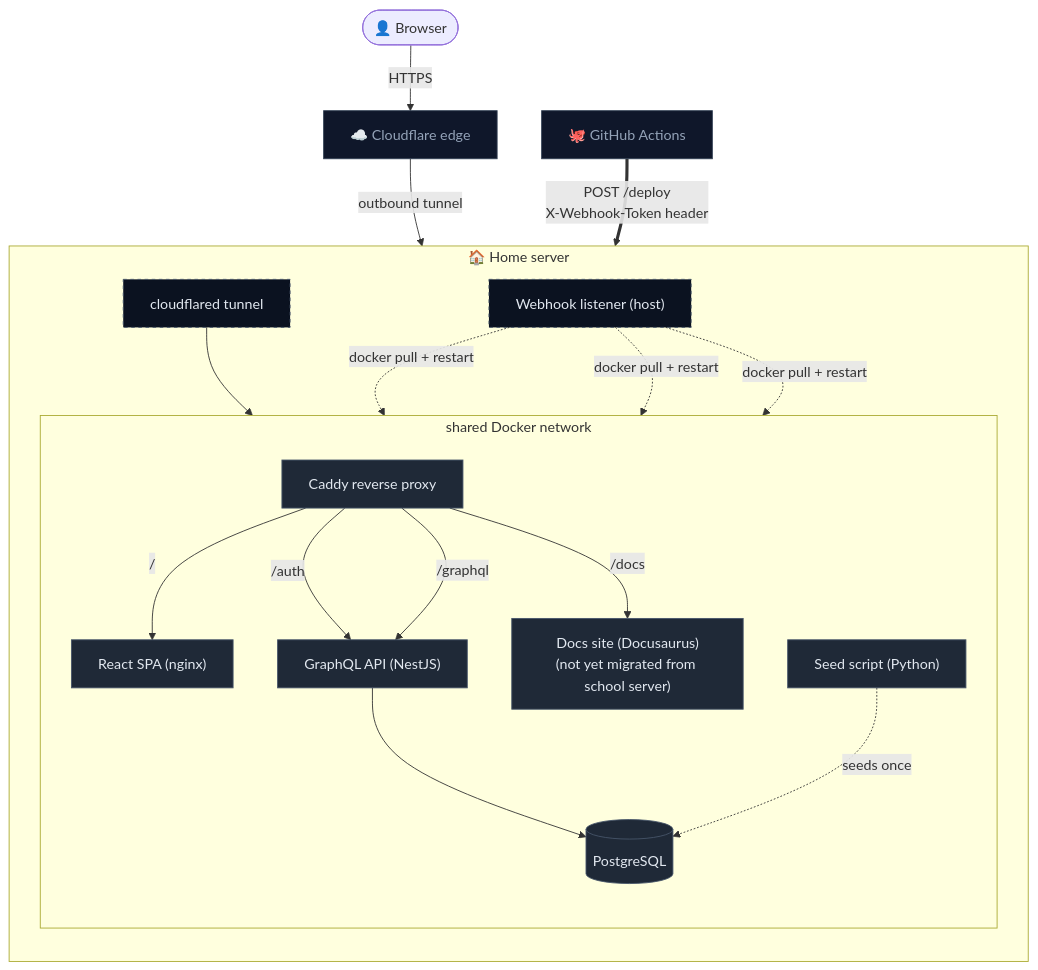
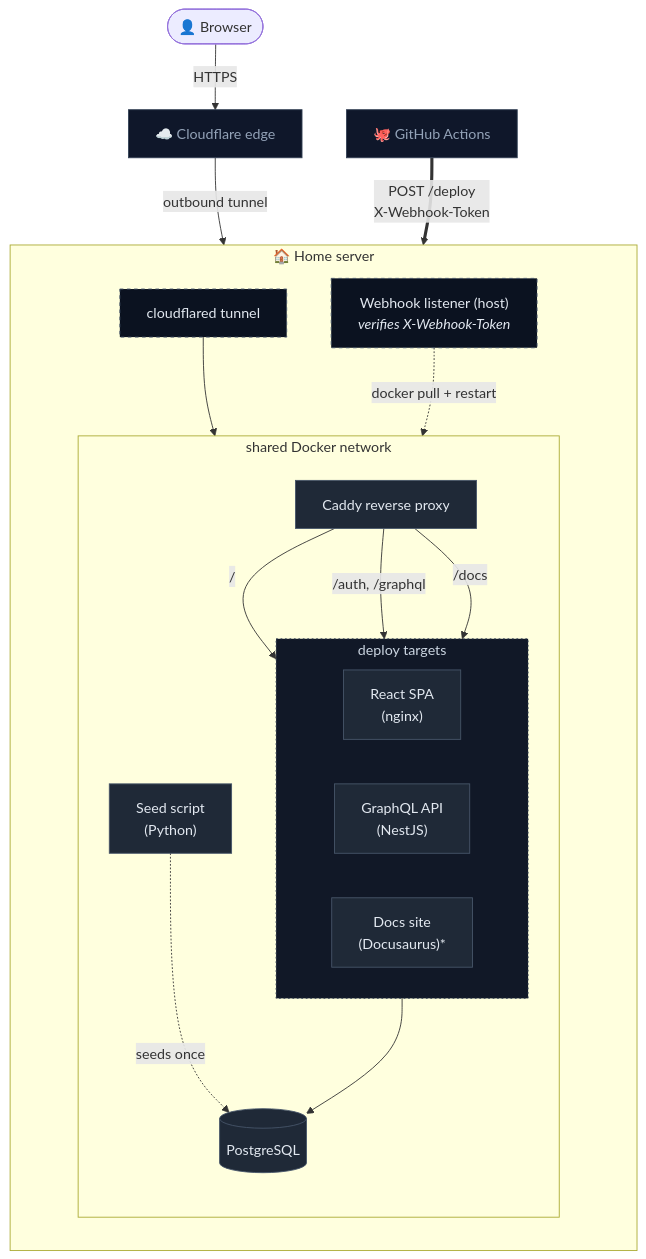
Before and after one commit to Medistat-Tiberiusgh/.github: the diagram in profile/README.md, drawn with Mermaid. The commit also changed other lines of this file, not shown here.

Commit message:
Improve README with detailed component
Updated README to enhance descriptions and clarify deployment processes.

````diff
--- a/profile/README.md
+++ b/profile/README.md
@@ -30,46 +30,50 @@
 ```mermaid
 flowchart TB
     user(["👤 Browser"])
     cf["☁️ Cloudflare edge"]
     gh["🐙 GitHub Actions"]
 
     subgraph home["🏠 Home server"]
         direction TB
         cft["cloudflared tunnel"]
-        hook["Webhook listener (host)"]
+        hook["Webhook listener (host)<br/><i>verifies X-Webhook-Token</i>"]
 
         subgraph net["shared Docker network"]
             direction TB
             caddy["Caddy reverse proxy"]
-            spa["React SPA (nginx)"]
-            api["GraphQL API (NestJS)"]
-            docs["Docs site (Docusaurus)<br/>(not yet migrated from school server)"]
+
+            subgraph apps["deploy targets"]
+                direction LR
+                spa["React SPA<br/>(nginx)"]
+                api["GraphQL API<br/>(NestJS)"]
+                docs["Docs site<br/>(Docusaurus)*"]
+            end
+
             db[("PostgreSQL")]
-            etl["Seed script (Python)"]
+            etl["Seed script<br/>(Python)"]
         end
     end
 
     user -->|HTTPS| cf
     cf -->|outbound tunnel| cft
     cft --> caddy
 
     caddy -->|/| spa
-    caddy -->|/auth| api
-    caddy -->|/graphql| api
+    caddy -->|/auth, /graphql| api
     caddy -->|/docs| docs
 
     api --> db
     etl -. seeds once .-> db
 
-    gh ==>|"POST /deploy<br/>X-Webhook-Token header"| hook
-    hook -. docker pull + restart .-> api
-    hook -. docker pull + restart .-> spa
-    hook -. docker pull + restart .-> docs
+    gh ==>|"POST /deploy<br/>X-Webhook-Token"| hook
+    hook -. "docker pull + restart" .-> apps
 
     classDef container fill:#1f2937,stroke:#475569,color:#e2e8f0
     classDef external fill:#0f172a,stroke:#334155,color:#94a3b8
     classDef host fill:#0b1220,stroke:#475569,color:#e2e8f0,stroke-dasharray: 4 4
+    classDef group fill:#111827,stroke:#334155,color:#cbd5e1,stroke-dasharray: 2 3
     class caddy,spa,api,docs,db,etl container
     class cf,gh external
     class cft,hook host
+    class apps group
 ```
````
